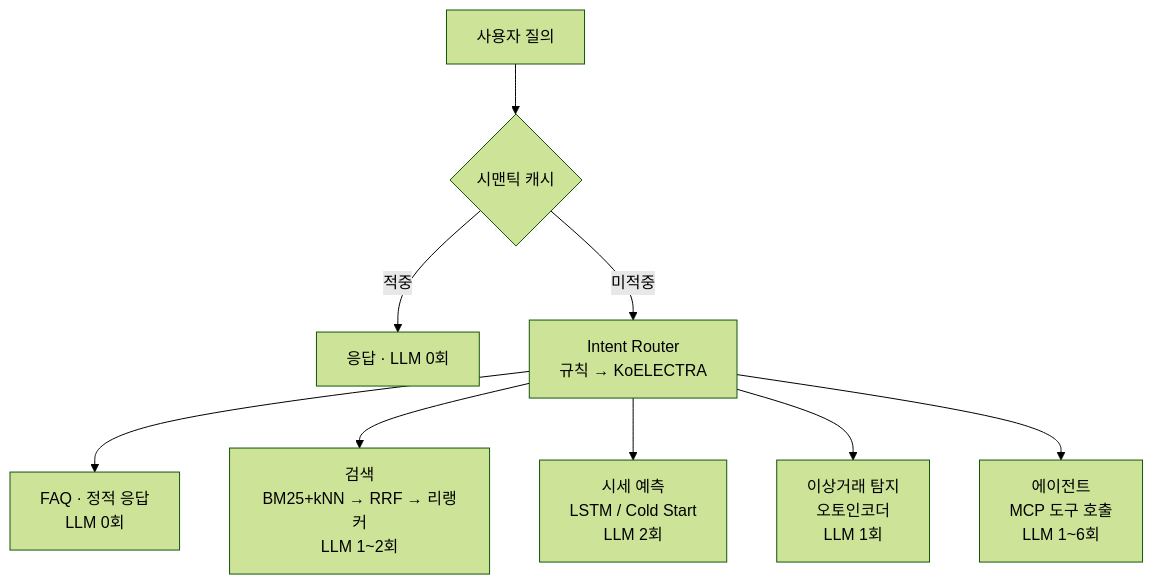
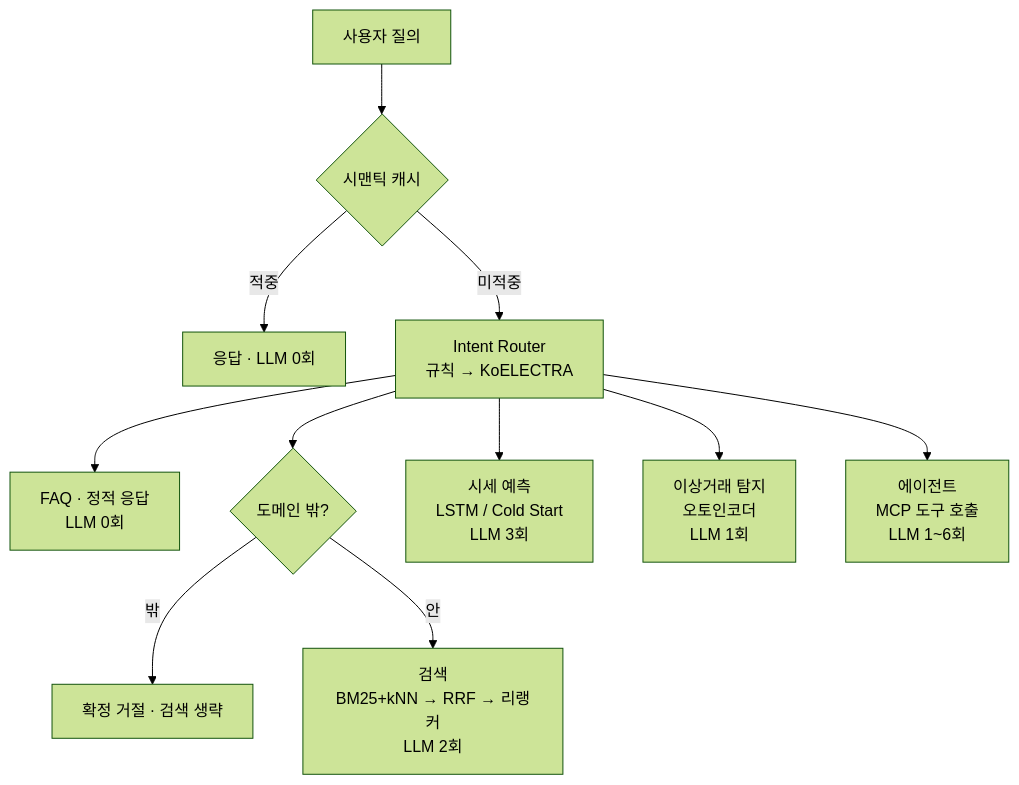
The first of 2 diagrams in README.md (blacktaione2/game-item-marketplace-ai), drawn with Mermaid (forest theme) before and after one commit. The commit also changed other lines of this file and 7 other files, not shown here.

````diff
--- a/README.md
+++ b/README.md
@@ -89,11 +89,13 @@
 ```mermaid
 flowchart TD
     Q[사용자 질의] --> C{시맨틱 캐시}
     C -->|적중| R[응답 · LLM 0회]
     C -->|미적중| RT[Intent Router<br/>규칙 → KoELECTRA]
     RT --> F[FAQ · 정적 응답<br/>LLM 0회]
-    RT --> S[검색<br/>BM25+kNN → RRF → 리랭커<br/>LLM 1~2회]
-    RT --> P[시세 예측<br/>LSTM / Cold Start<br/>LLM 2회]
+    RT --> D{도메인 밖?}
+    D -->|밖| X[확정 거절 · 검색 생략]
+    D -->|안| S[검색<br/>BM25+kNN → RRF → 리랭커<br/>LLM 2회]
+    RT --> P[시세 예측<br/>LSTM / Cold Start<br/>LLM 3회]
     RT --> A[이상거래 탐지<br/>오토인코더<br/>LLM 1회]
     RT --> AG[에이전트<br/>MCP 도구 호출<br/>LLM 1~6회]
 ```
````
